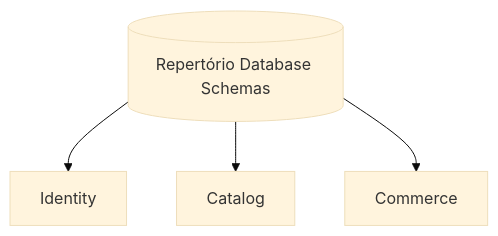
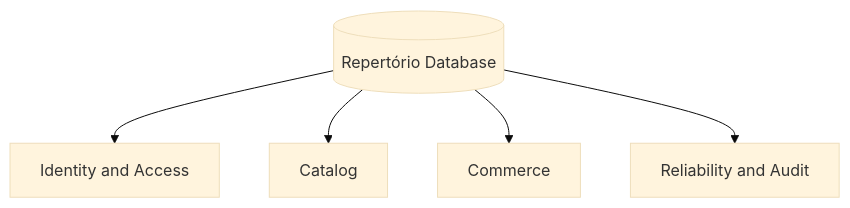
One commit to GabrielSaliba/obsidian changed the diagram in RPRT/Database Schemas.md. Above: the diagram before and after it, drawn with Mermaid (base theme). The commit also changed other lines of this file and 32 other files, not shown here.

````diff
--- a/RPRT/Database Schemas.md
+++ b/RPRT/Database Schemas.md
@@ -25,11 +24,13 @@
 ```mermaid
 flowchart TB
-    DB[(Repertório Database Schemas)]
-    ID[Identity]
+    DB[(Repertório Database)]
+    ID[Identity and Access]
     CAT[Catalog]
     COM[Commerce]
+    OPS[Reliability and Audit]
 
     DB --> ID
     DB --> CAT
     DB --> COM
+    DB --> OPS
 ```
````
